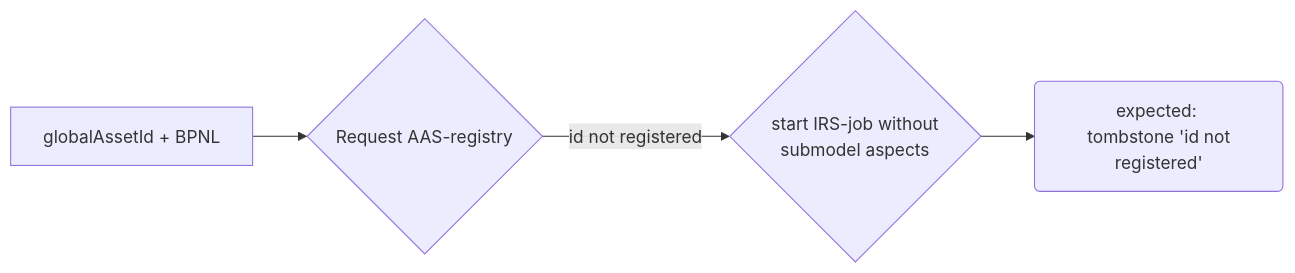
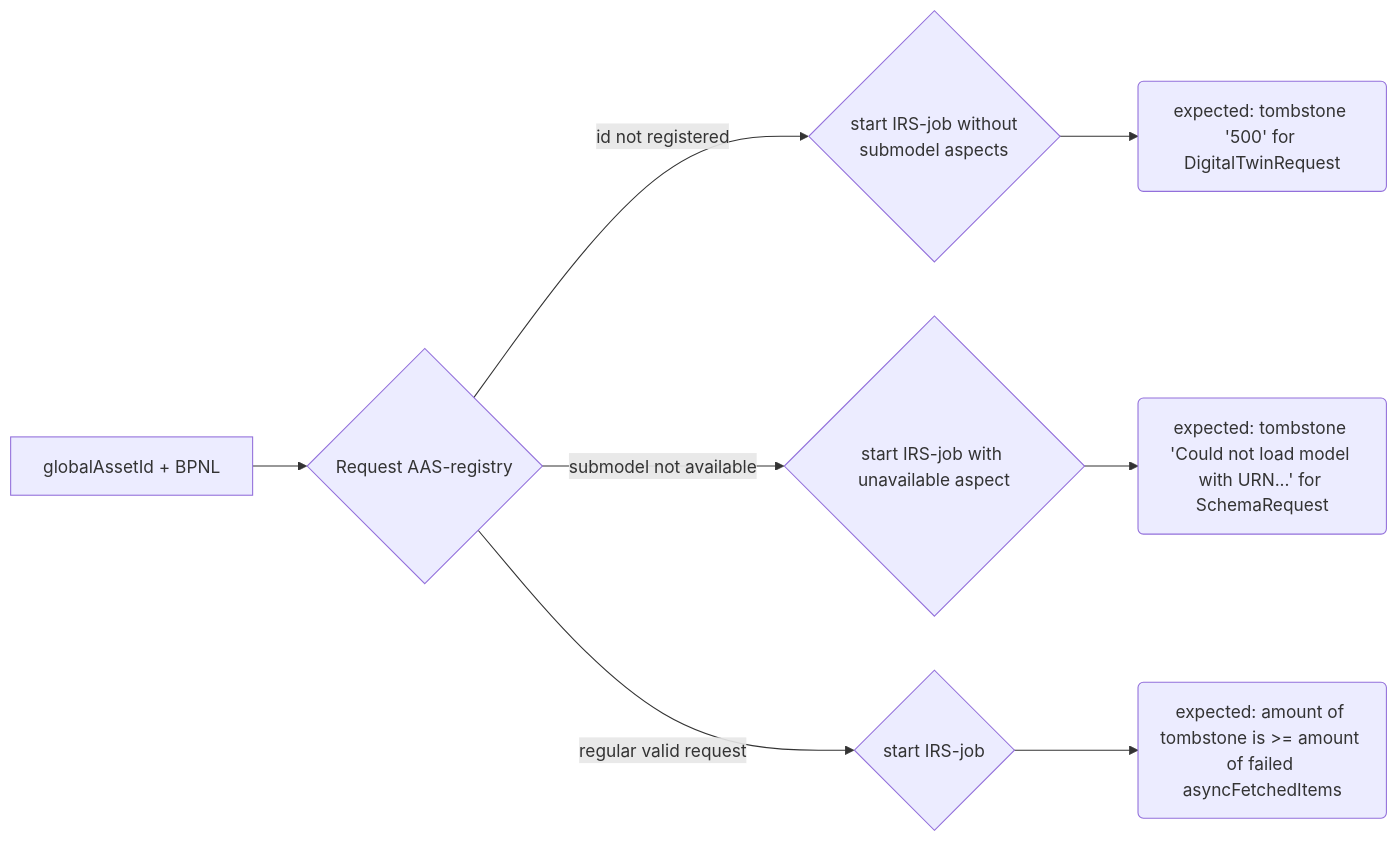
One commit to eclipse-tractusx/item-relationship-service changed the third of 3 diagrams in docs/concept/#266-IRS-testing-with-dynamicData/#266-IRS-testing-with-dynamic-data.md. Above: the diagram before and after it, drawn with Mermaid. The commit also changed other lines of this file, not shown here.

````diff
--- a/docs/concept/#266-IRS-testing-with-dynamicData/#266-IRS-testing-with-dynamic-data.md
+++ b/docs/concept/#266-IRS-testing-with-dynamicData/#266-IRS-testing-with-dynamic-data.md
@@ -100,5 +106,7 @@
 ```mermaid
 graph LR
     A[globalAssetId + BPNL] --> B{Request AAS-registry}
-    B -- id not registered --> D{start IRS-job without \n submodel aspects} --> DD(expected: \n tombstone 'id not registered')
+    B -- id not registered --> D{start IRS-job without \n submodel aspects} --> DD(expected: tombstone '500' for DigitalTwinRequest)
+    B -- submodel not available --> E{start IRS-job with unavailable aspect} --> EE(expected: tombstone 'Could not load model with URN...' for SchemaRequest)
+    B -- regular valid request --> F{start IRS-job} --> FF(expected: amount of tombstone is >= amount of failed asyncFetchedItems)
 ```
````
